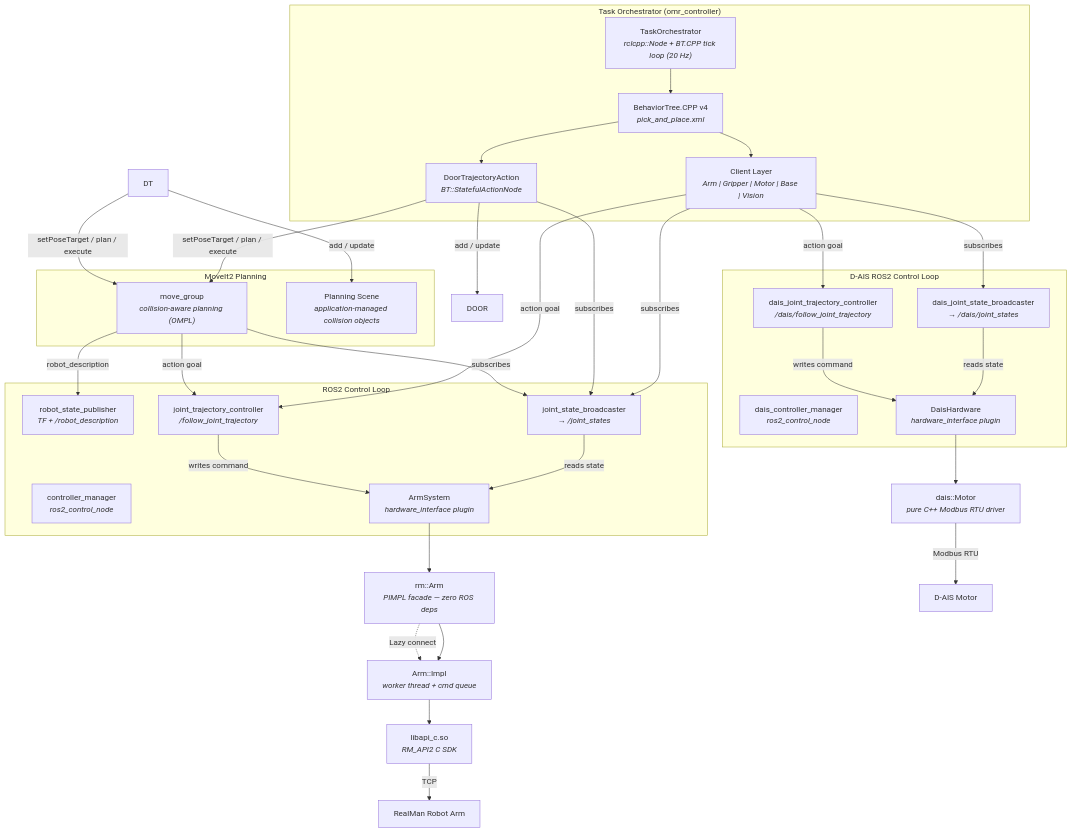
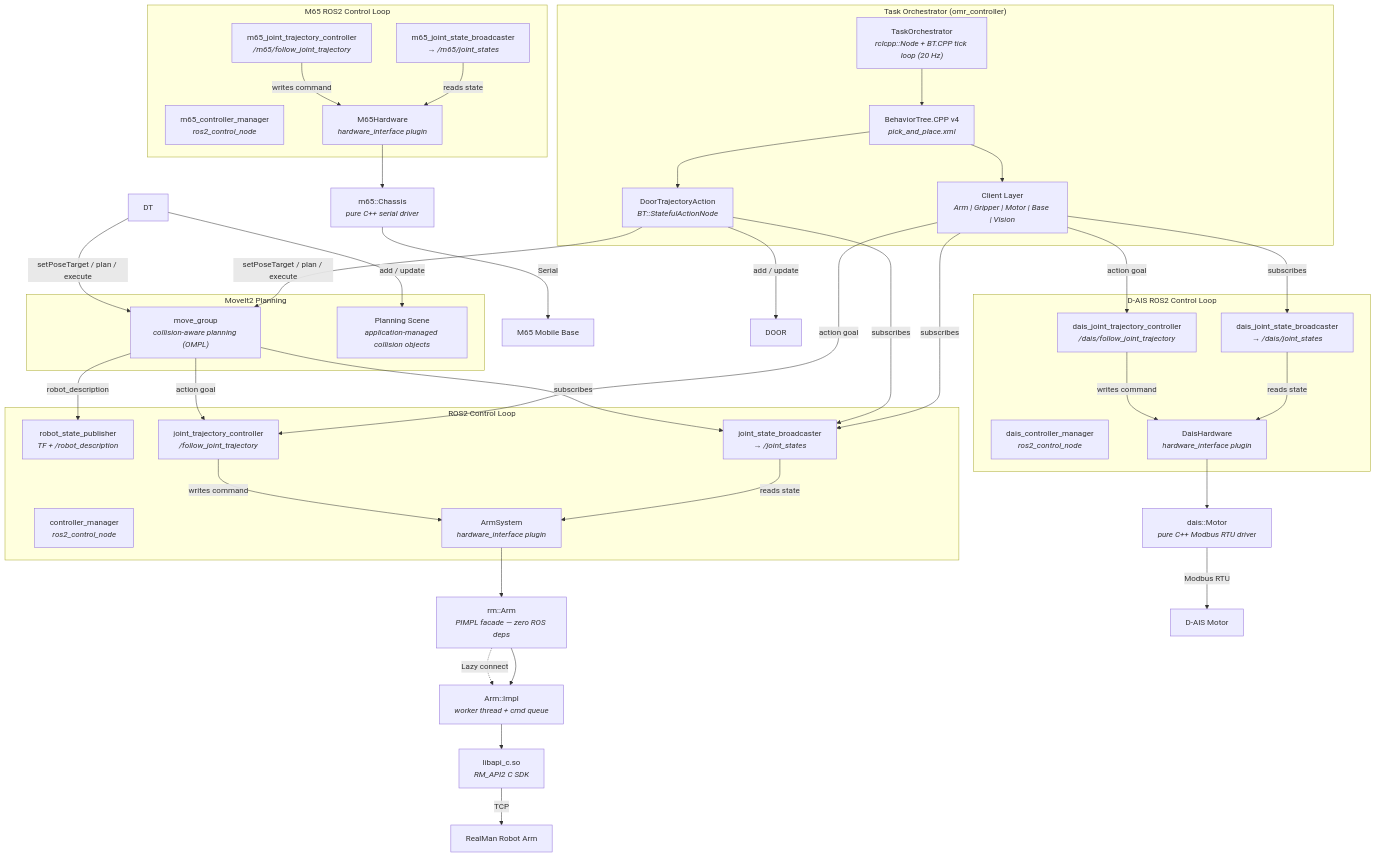
One commit to sunyuming53-byte/the_first_box changed the first of 4 diagrams in README.md. Above: the diagram before and after it, drawn with Mermaid. The commit also changed other lines of this file and 1 other file, not shown here.

First line of the commit message:
docs: update AGENTS.md and README for m65, gimbal, and omr_controller changes

````diff
--- a/README.md
+++ b/README.md
@@ -144,65 +149,78 @@
 ```mermaid
 flowchart TD
     subgraph ROS2["ROS2 Control Loop"]
         RSP["robot_state_publisher<br/><i>TF + /robot_description</i>"]
         CM["controller_manager<br/><i>ros2_control_node</i>"]
         JSB["joint_state_broadcaster<br/><i>→ /joint_states</i>"]
         JTC["joint_trajectory_controller<br/><i>/follow_joint_trajectory</i>"]
         HW["ArmSystem<br/><i>hardware_interface plugin</i>"]
     end
 
     JSB -->|reads state| HW
     JTC -->|writes command| HW
     HW --> Arm
 
     Arm["rm::Arm<br/><i>PIMPL facade — zero ROS deps</i>"]
     Arm --> Impl["Arm::Impl<br/><i>worker thread + cmd queue</i>"]
     Impl --> SDK["libapi_c.so<br/><i>RM_API2 C SDK</i>"]
     SDK -->|TCP| HW2["RealMan Robot Arm"]
 
     Arm -.->|Lazy connect| Impl
 
     %% D-AIS Motor subsystem
     subgraph DaisROS2["D-AIS ROS2 Control Loop"]
         DCM["dais_controller_manager<br/><i>ros2_control_node</i>"]
         DJSB["dais_joint_state_broadcaster<br/><i>→ /dais/joint_states</i>"]
         DJTC["dais_joint_trajectory_controller<br/><i>/dais/follow_joint_trajectory</i>"]
         DHW["DaisHardware<br/><i>hardware_interface plugin</i>"]
     end
 
     DJSB -->|reads state| DHW
     DJTC -->|writes command| DHW
     DHW --> Motor["dais::Motor<br/><i>pure C++ Modbus RTU driver</i>"]
     Motor -->|Modbus RTU| PHW["D-AIS Motor"]
 
+    %% M65 Chassis subsystem
+    subgraph M65ROS2["M65 ROS2 Control Loop"]
+        M65CM["m65_controller_manager<br/><i>ros2_control_node</i>"]
+        M65JSB["m65_joint_state_broadcaster<br/><i>→ /m65/joint_states</i>"]
+        M65JTC["m65_joint_trajectory_controller<br/><i>/m65/follow_joint_trajectory</i>"]
+        M65HW["M65Hardware<br/><i>hardware_interface plugin</i>"]
+    end
+
+    M65JSB -->|reads state| M65HW
+    M65JTC -->|writes command| M65HW
+    M65HW --> Chassis["m65::Chassis<br/><i>pure C++ serial driver</i>"]
+    Chassis -->|Serial| CHW["M65 Mobile Base"]
+
     %% Task Orchestrator
     subgraph Orchestrator["Task Orchestrator (omr_controller)"]
         ORCH["TaskOrchestrator<br/><i>rclcpp::Node + BT.CPP tick loop (20 Hz)</i>"]
         BT["BehaviorTree.CPP v4<br/><i>pick_and_place.xml</i>"]
         CLIENTS["Client Layer<br/><i>Arm | Gripper | Motor | Base | Vision</i>"]
         DTA["DoorTrajectoryAction<br/><i>BT::StatefulActionNode</i>"]
     end
 
     ORCH --> BT
     BT --> CLIENTS
     BT --> DTA
     CLIENTS -->|action goal| JTC
     CLIENTS -->|subscribes| JSB
     CLIENTS -->|action goal| DJTC
     CLIENTS -->|subscribes| DJSB
     DTA -->|setPoseTarget / plan / execute| MG
     DTA -->|add / update| DOOR
     DTA -->|subscribes| JSB
 
     %% MoveIt2 Planning
     subgraph MoveIt["MoveIt2 Planning"]
         MG["move_group<br/><i>collision-aware planning (OMPL)</i>"]
         SCENE["Planning Scene<br/><i>application-managed collision objects</i>"]
     end
 
     MG -->|action goal| JTC
     MG -->|subscribes| JSB
     MG -->|robot_description| RSP
     DT -->|setPoseTarget / plan / execute| MG
     DT -->|add / update| SCENE
 ```
````
